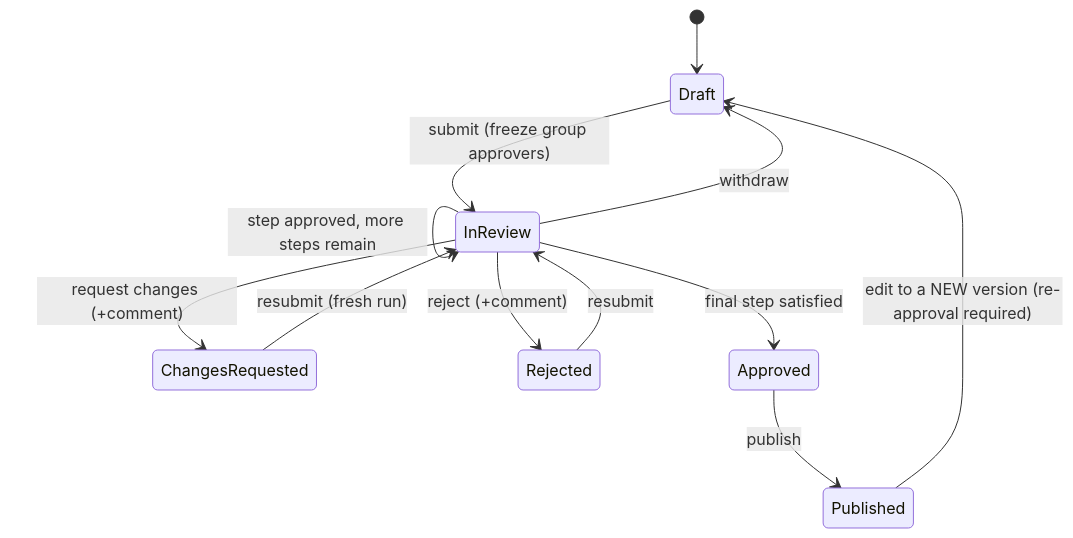
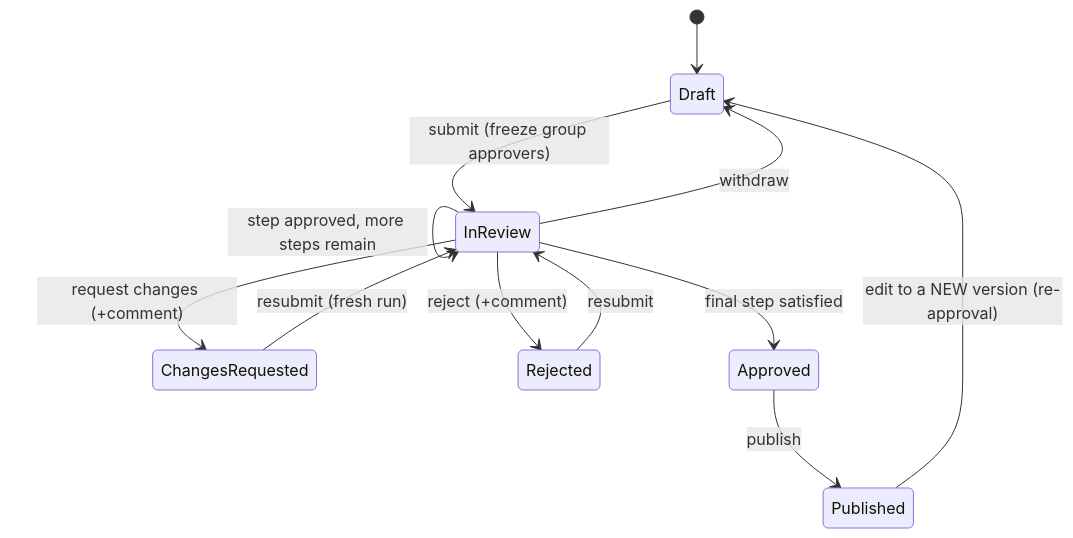
Before and after one commit to nicpozent/GovernancePortal_Latest: the fourth of 31 diagrams in docs/FUNCTIONAL-FLOWS.md, drawn with Mermaid. The commit also changed other lines of this file and 6 other files, not shown here.

First line of the commit message:
docs: rebuild Functional Flows & SoW to the flow-package template

````diff
--- a/docs/FUNCTIONAL-FLOWS.md
+++ b/docs/FUNCTIONAL-FLOWS.md
@@ -137,14 +159,14 @@
 ```mermaid
 stateDiagram-v2
   [*] --> Draft
   Draft --> InReview: submit (freeze group approvers)
   InReview --> InReview: step approved, more steps remain
   InReview --> Approved: final step satisfied
   InReview --> ChangesRequested: request changes (+comment)
   InReview --> Rejected: reject (+comment)
   ChangesRequested --> InReview: resubmit (fresh run)
   Rejected --> InReview: resubmit
   Approved --> Published: publish
-  Published --> Draft: edit to a NEW version (re-approval required)
+  Published --> Draft: edit to a NEW version (re-approval)
   InReview --> Draft: withdraw
 ```
````
